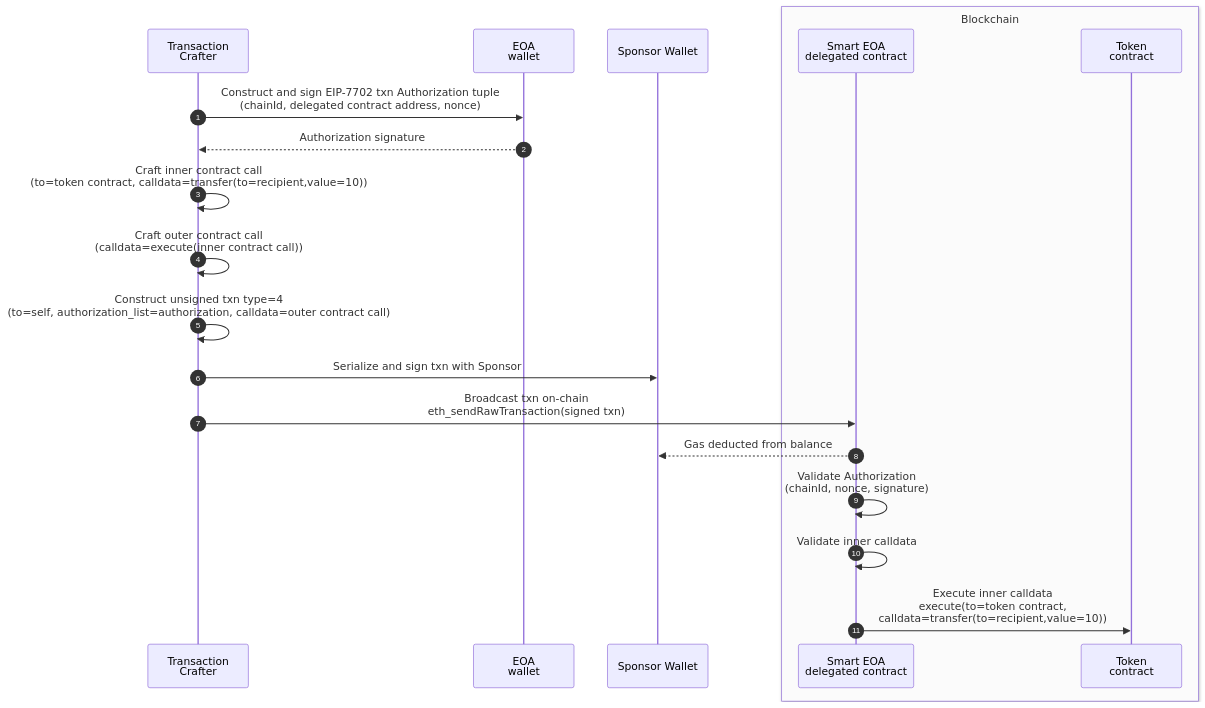
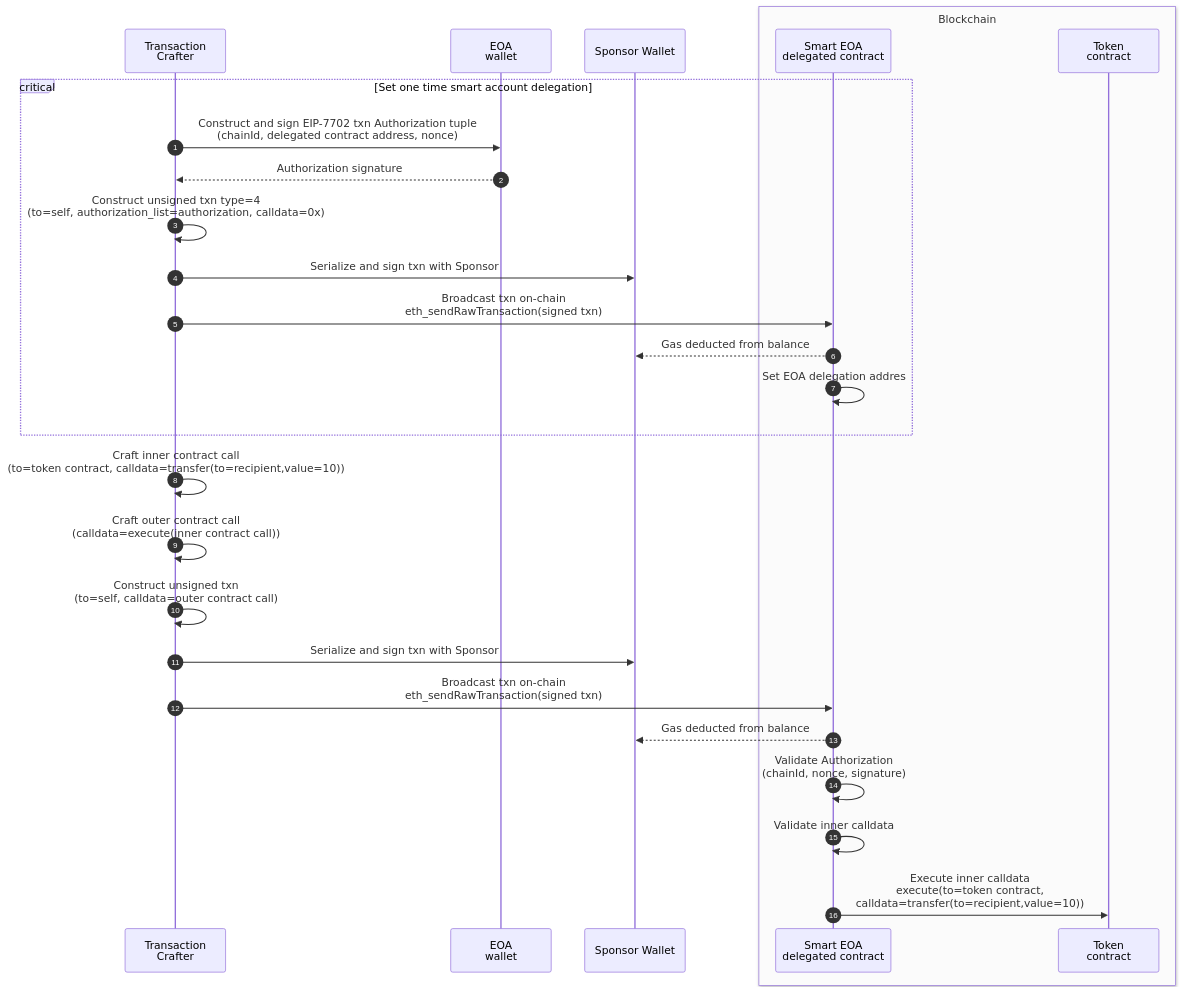
Before and after one commit to thaichain/prototype-eip7702-gas-sponsorship: the diagram in README.md, drawn with Mermaid. The commit also changed other lines of this file and 2 other files, not shown here.

````diff
--- a/README.md
+++ b/README.md
@@ -7,27 +7,35 @@
 ```mermaid
 sequenceDiagram
     autonumber
     participant TransactionManager as Transaction<br>Crafter
     participant EOA as EOA<br>wallet
     participant Sponsor as Sponsor Wallet
     box rgb(251,251,251) Blockchain
         participant ContractAddress as Smart EOA<br>delegated contract
         participant Token as Token<br>contract
     end
 
-    TransactionManager->>EOA: Construct and sign EIP-7702 txn Authorization tuple<br>(chainId, delegated contract address, nonce)
-    EOA-->>TransactionManager: Authorization signature
+    critical Set one time smart account delegation
+        TransactionManager->>EOA: Construct and sign EIP-7702 txn Authorization tuple<br>(chainId, delegated contract address, nonce)
+        EOA-->>TransactionManager: Authorization signature
+        TransactionManager->>TransactionManager: Construct unsigned txn type=4<br>(to=self, authorization_list=authorization, calldata=0x)
+        TransactionManager->>Sponsor: Serialize and sign txn with Sponsor
+        TransactionManager->>ContractAddress: Broadcast txn on-chain<br>eth_sendRawTransaction(signed txn)
+        ContractAddress-->>Sponsor: Gas deducted from balance
+        ContractAddress->>ContractAddress: Set EOA delegation addres
+    end
+
     TransactionManager->>TransactionManager: Craft inner contract call<br>(to=token contract, calldata=transfer(to=recipient,value=10))
 
     TransactionManager->>TransactionManager: Craft outer contract call<br>(calldata=execute(inner contract call))
 
-    TransactionManager->>TransactionManager: Construct unsigned txn type=4<br>(to=self, authorization_list=authorization, calldata=outer contract call)
+    TransactionManager->>TransactionManager: Construct unsigned txn<br>(to=self, calldata=outer contract call)
 
     TransactionManager->>Sponsor: Serialize and sign txn with Sponsor
 
     TransactionManager->>ContractAddress: Broadcast txn on-chain<br>eth_sendRawTransaction(signed txn)
     ContractAddress-->>Sponsor: Gas deducted from balance
     ContractAddress->>ContractAddress: Validate Authorization<br>(chainId, nonce, signature)
     ContractAddress->>ContractAddress: Validate inner calldata
     ContractAddress->>Token: Execute inner calldata<br>execute(to=token contract,<br> calldata=transfer(to=recipient,value=10))
 ```
````
